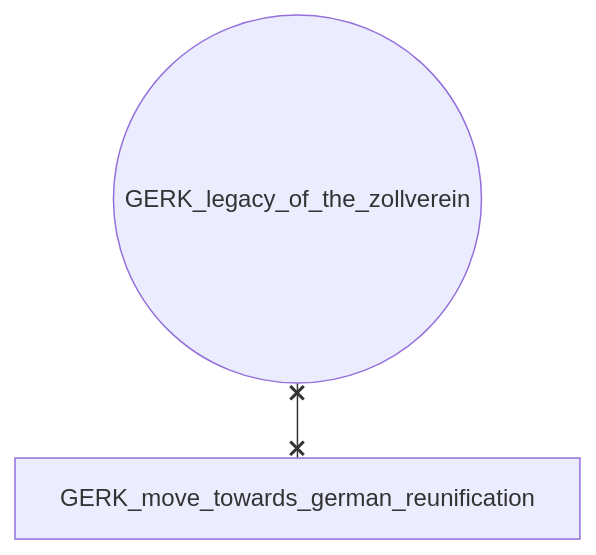
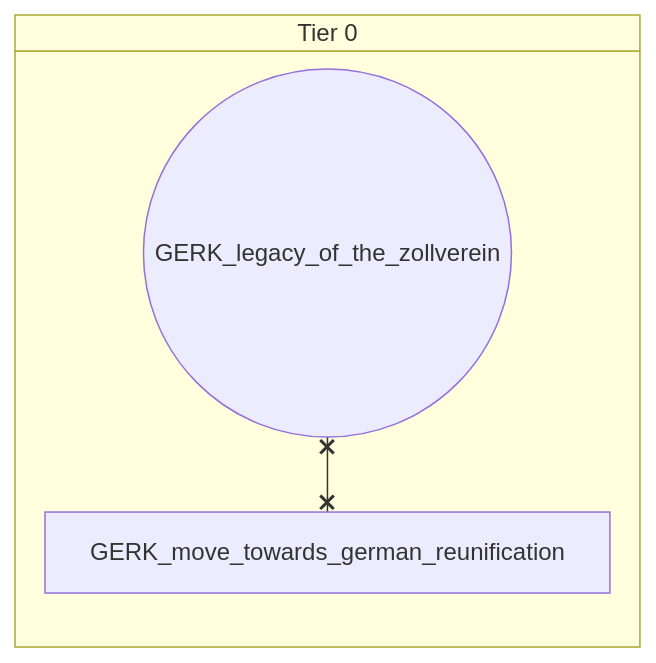
Before and after one commit to evgeny-sobol/hoi4-sandbox-mode-r56: the first of 3 diagrams in docs/gdd/National Focuses/r56_ger_shared.md, drawn with Mermaid. The commit also changed other lines of this file and 423 other files, not shown here.

First line of the commit message:
Re-export Rt56 focus trees as swimlane diagrams

````diff
--- a/docs/gdd/National Focuses/r56_ger_shared.md
+++ b/docs/gdd/National Focuses/r56_ger_shared.md
@@ -3,6 +3,8 @@
 ```mermaid
-flowchart TD
-    n1(("GERK_legacy_of_the_zollverein"))
-    n2["GERK_move_towards_german_reunification"]
+swimlane-beta TD
+    subgraph tier_0["Tier 0"]
+        n1(("GERK_legacy_of_the_zollverein"))
+        n2["GERK_move_towards_german_reunification"]
+    end
     n1 x--x n2
 ```
````
